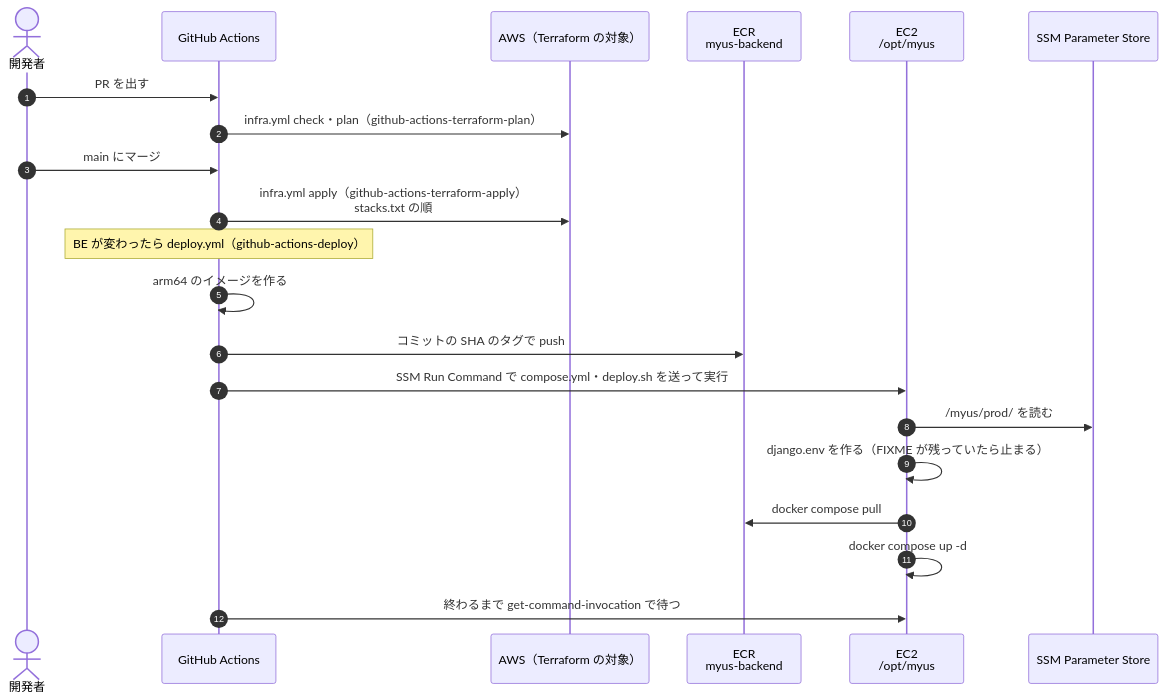
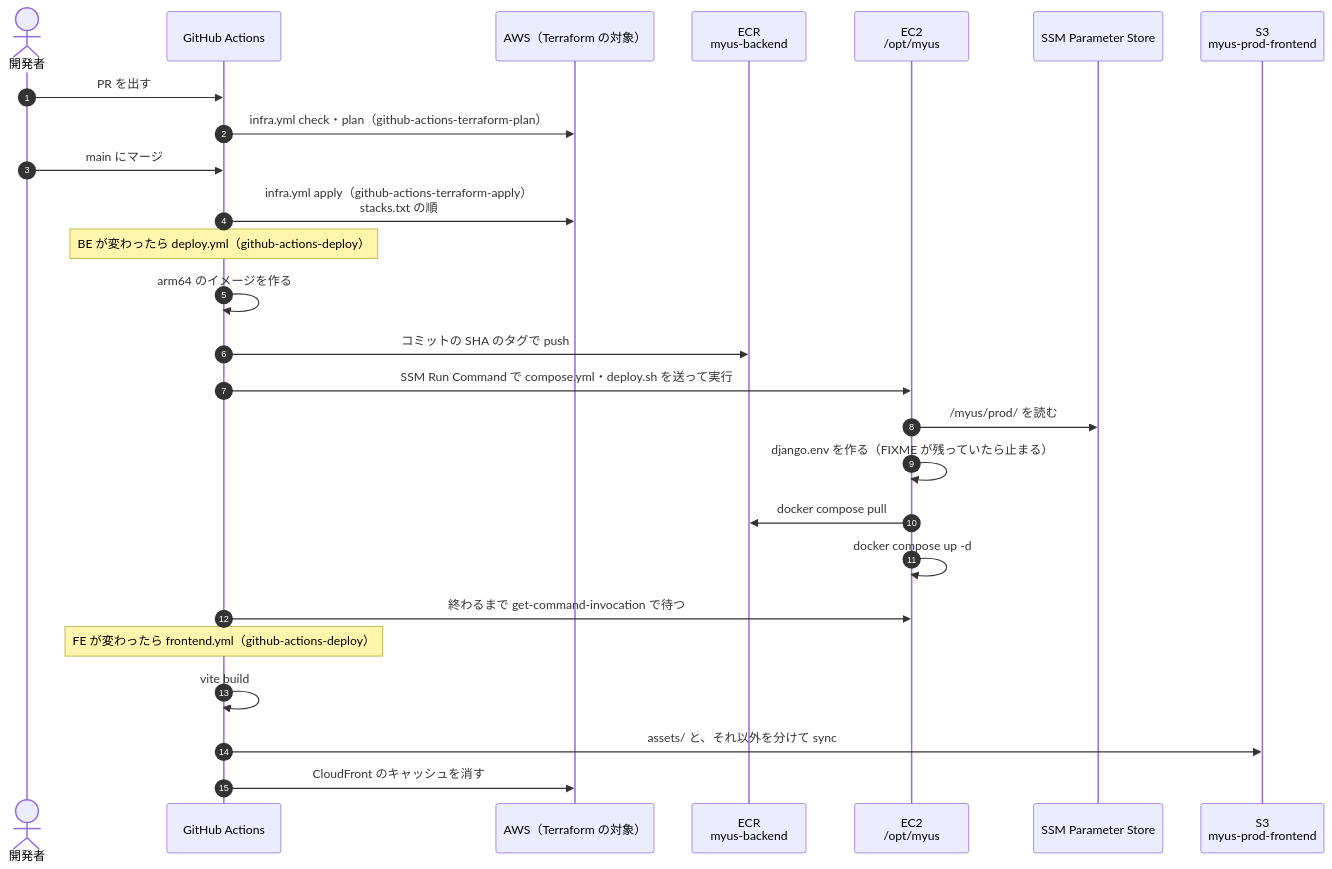
One commit to ANFINII/MyUs changed the fifth of 6 diagrams in docs/infrastructure.md. Above: the diagram before and after it, drawn with Mermaid. The commit also changed other lines of this file and 15 other files, not shown here.

First line of the commit message:
フロントを Vercel でなく S3 と CloudFront から myus.media で配信する (#1506)

````diff
--- a/docs/infrastructure.md
+++ b/docs/infrastructure.md
@@ -304,24 +309,29 @@
 ```mermaid
 sequenceDiagram
     autonumber
     actor Dev as 開発者
     participant GH as GitHub Actions
     participant AWS as AWS（Terraform の対象）
     participant ECR as ECR<br/>myus-backend
     participant EC2 as EC2<br/>/opt/myus
     participant SSM as SSM Parameter Store
+    participant S3F as S3<br/>myus-prod-frontend
 
     Dev->>GH: PR を出す
     GH->>AWS: infra.yml check・plan（github-actions-terraform-plan）
     Dev->>GH: main にマージ
     GH->>AWS: infra.yml apply（github-actions-terraform-apply）<br/>stacks.txt の順
     Note over GH: BE が変わったら deploy.yml（github-actions-deploy）
     GH->>GH: arm64 のイメージを作る
     GH->>ECR: コミットの SHA のタグで push
     GH->>EC2: SSM Run Command で compose.yml・deploy.sh を送って実行
     EC2->>SSM: /myus/prod/ を読む
     EC2->>EC2: django.env を作る（FIXME が残っていたら止まる）
     EC2->>ECR: docker compose pull
     EC2->>EC2: docker compose up -d
     GH->>EC2: 終わるまで get-command-invocation で待つ
+    Note over GH: FE が変わったら frontend.yml（github-actions-deploy）
+    GH->>GH: vite build
+    GH->>S3F: assets/ と、それ以外を分けて sync
+    GH->>AWS: CloudFront のキャッシュを消す
 ```
````
